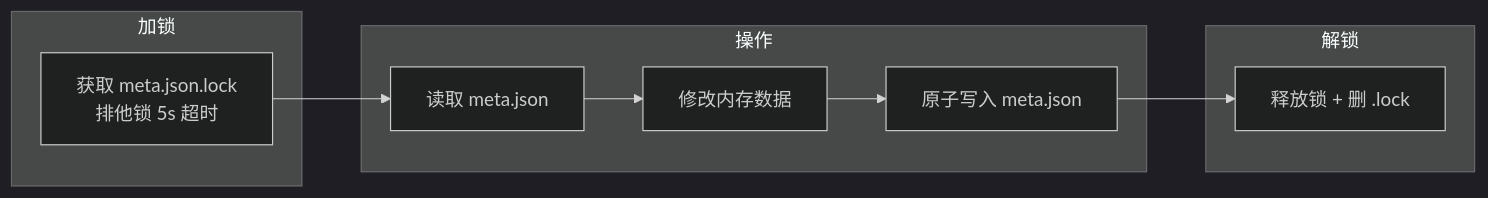
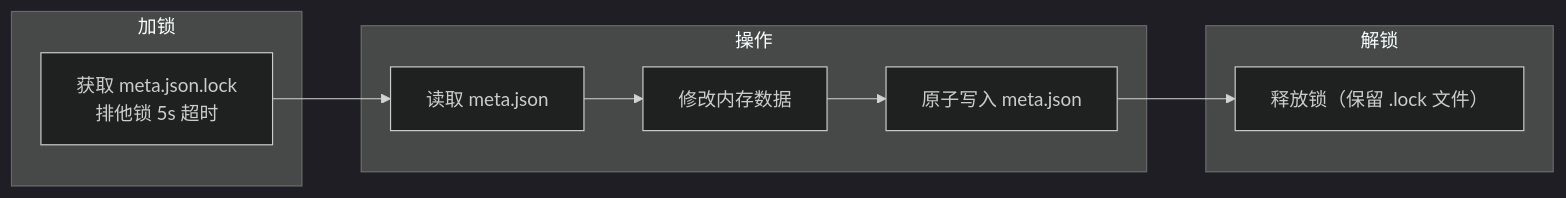
One commit to HACK-WU/skills changed the fourth of 6 diagrams in docs/requirement-mgr-guide.md. Above: the diagram before and after it, drawn with Mermaid (dark theme). The commit also changed other lines of this file and 27 other files, not shown here.

````diff
--- a/docs/requirement-mgr-guide.md
+++ b/docs/requirement-mgr-guide.md
@@ -377,18 +377,18 @@
 ```mermaid
 flowchart LR
     subgraph 加锁
         Lock["获取 meta.json.lock<br/>排他锁 5s 超时"]
     end
     
     subgraph 操作
         Read["读取 meta.json"]
         Modify["修改内存数据"]
         Atomic["原子写入 meta.json"]
     end
     
     subgraph 解锁
-        Unlock["释放锁 + 删 .lock"]
+        Unlock["释放锁（保留 .lock 文件）"]
     end
     
     Lock --> Read --> Modify --> Atomic --> Unlock
 ```
````
